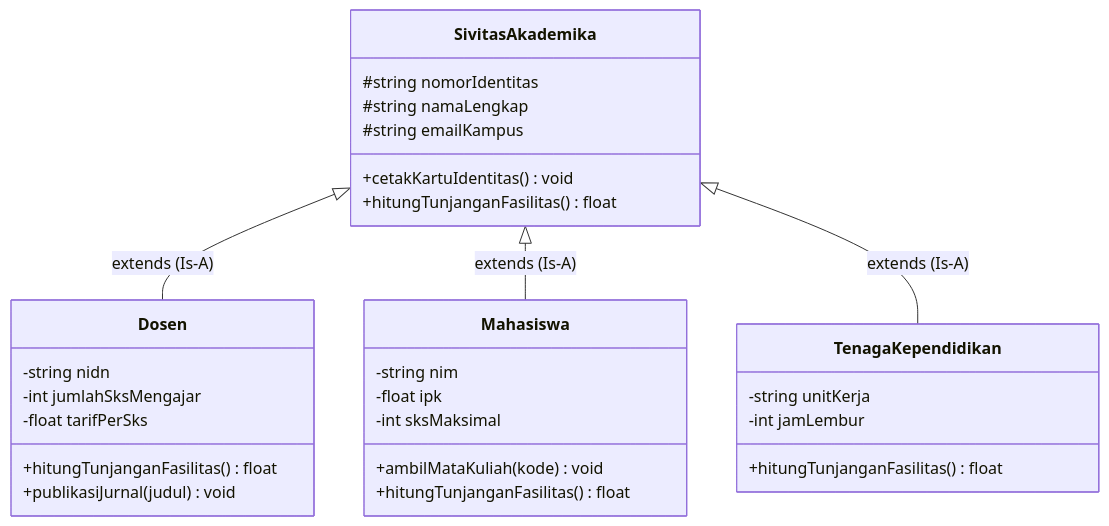
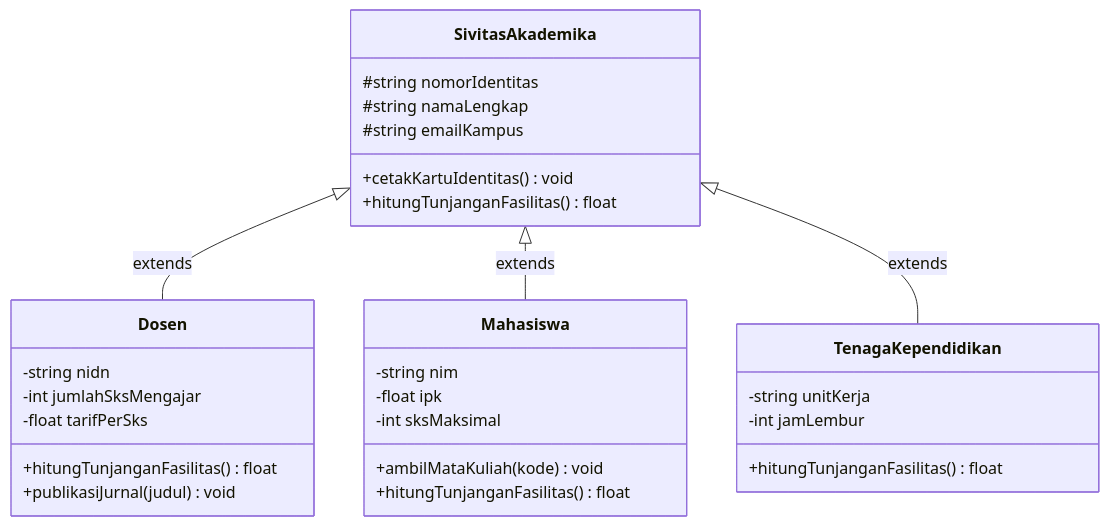
The first of 2 diagrams in docs/pemrograman-oop-php/inheritance.md (mahendaruui/Perkuliahan), drawn with Mermaid before and after one commit. The commit also changed other lines of this file and 5 other files, not shown here.

Commit message:
docs: enhance OOP documentation with refined mermaid diagrams and theoretical depth on polymorphism

````diff
--- a/docs/pemrograman-oop-php/inheritance.md
+++ b/docs/pemrograman-oop-php/inheritance.md
@@ -19,33 +19,33 @@
 ```mermaid
 classDiagram
     class SivitasAkademika {
         #string nomorIdentitas
         #string namaLengkap
         #string emailKampus
         +cetakKartuIdentitas() void
         +hitungTunjanganFasilitas() float
     }
     class Dosen {
         -string nidn
         -int jumlahSksMengajar
         -float tarifPerSks
         +hitungTunjanganFasilitas() float
         +publikasiJurnal(judul) void
     }
     class Mahasiswa {
         -string nim
         -float ipk
         -int sksMaksimal
         +ambilMataKuliah(kode) void
         +hitungTunjanganFasilitas() float
     }
     class TenagaKependidikan {
         -string unitKerja
         -int jamLembur
         +hitungTunjanganFasilitas() float
     }
 
-    SivitasAkademika <|-- Dosen : extends (Is-A)
-    SivitasAkademika <|-- Mahasiswa : extends (Is-A)
-    SivitasAkademika <|-- TenagaKependidikan : extends (Is-A)
+    SivitasAkademika <|-- Dosen : extends
+    SivitasAkademika <|-- Mahasiswa : extends
+    SivitasAkademika <|-- TenagaKependidikan : extends
 ```
````
